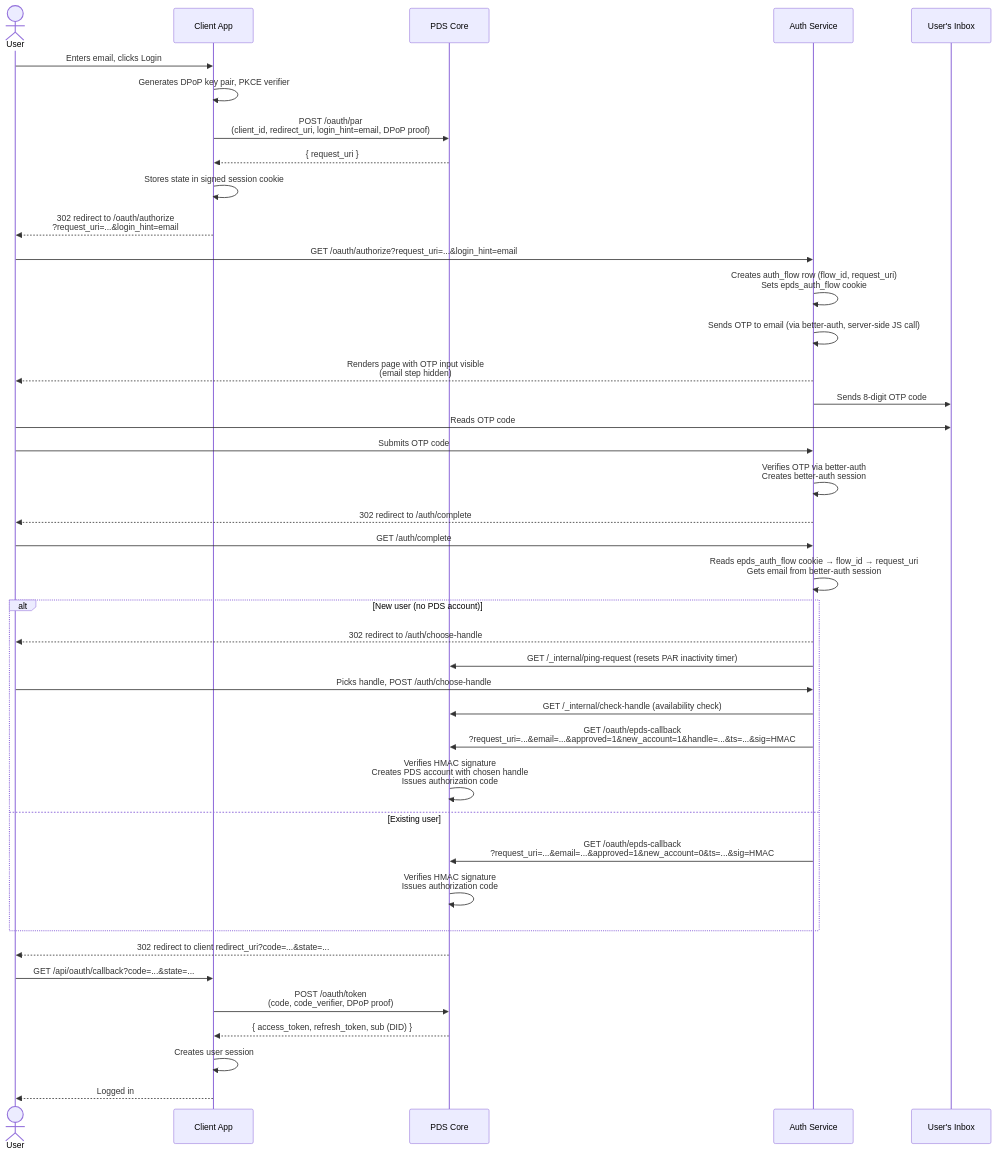
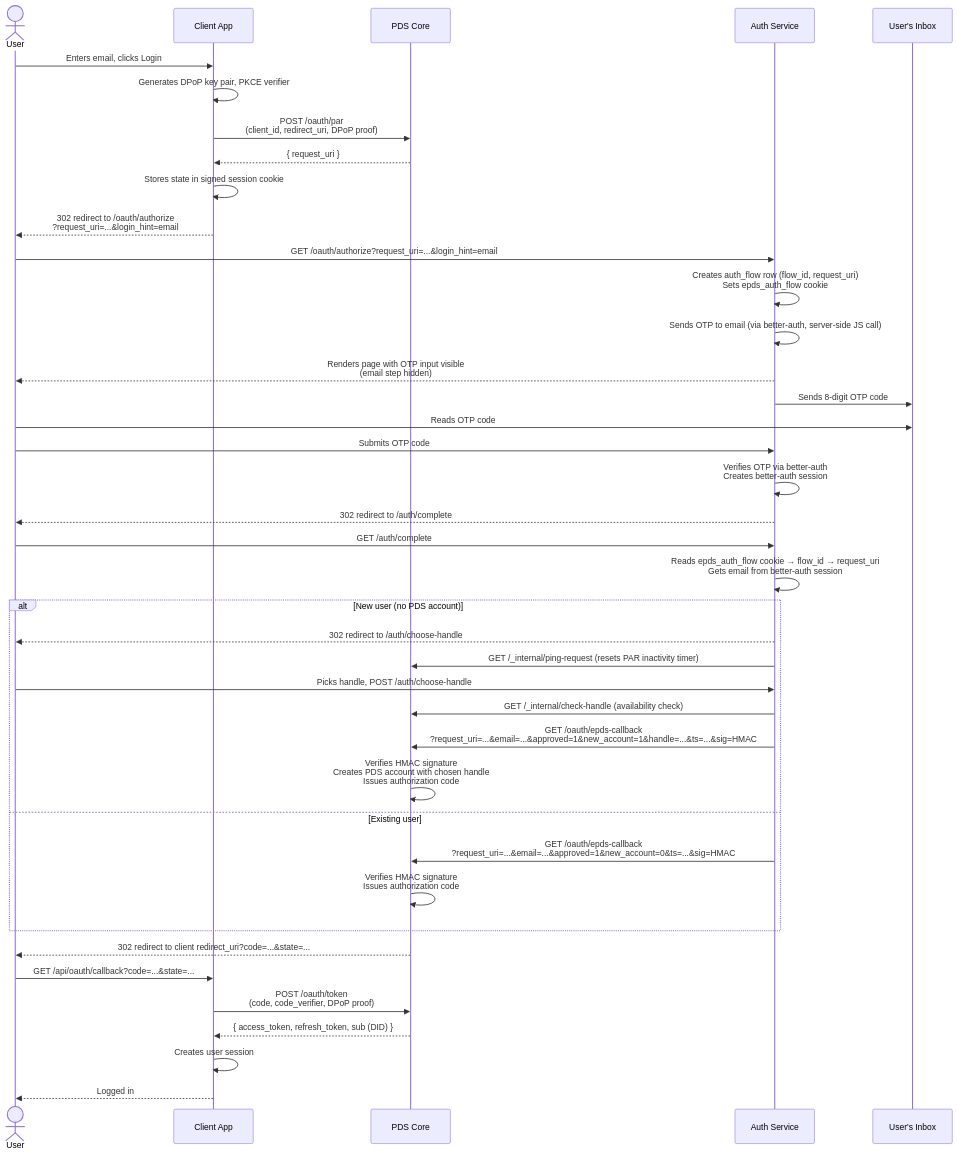
One commit to attpslabs/ePDS changed the first of 2 diagrams in docs/tutorial.md. Above: the diagram before and after it, drawn with Mermaid. The commit also changed other lines of this file and 5 other files, not shown here.

First line of the commit message:
docs: rewrite login skill and tutorial for @atproto/oauth-client-node

````diff
--- a/docs/tutorial.md
+++ b/docs/tutorial.md
@@ -59,49 +75,49 @@
 ```mermaid
 sequenceDiagram
     actor User
     participant App as Client App
     participant PDS as PDS Core
     participant Auth as Auth Service
     participant Email as User's Inbox
 
     User->>App: Enters email, clicks Login
     App->>App: Generates DPoP key pair, PKCE verifier
-    App->>PDS: POST /oauth/par<br/>(client_id, redirect_uri, login_hint=email, DPoP proof)
+    App->>PDS: POST /oauth/par<br/>(client_id, redirect_uri, DPoP proof)
     PDS-->>App: { request_uri }
     App->>App: Stores state in signed session cookie
     App-->>User: 302 redirect to /oauth/authorize<br/>?request_uri=...&login_hint=email
 
     User->>Auth: GET /oauth/authorize?request_uri=...&login_hint=email
     Auth->>Auth: Creates auth_flow row (flow_id, request_uri)<br/>Sets epds_auth_flow cookie
     Auth->>Auth: Sends OTP to email (via better-auth, server-side JS call)
     Auth-->>User: Renders page with OTP input visible<br/>(email step hidden)
     Auth->>Email: Sends 8-digit OTP code
 
     User->>Email: Reads OTP code
     User->>Auth: Submits OTP code
     Auth->>Auth: Verifies OTP via better-auth<br/>Creates better-auth session
     Auth-->>User: 302 redirect to /auth/complete
 
     User->>Auth: GET /auth/complete
     Auth->>Auth: Reads epds_auth_flow cookie → flow_id → request_uri<br/>Gets email from better-auth session
 
     alt New user (no PDS account)
         Auth-->>User: 302 redirect to /auth/choose-handle
         Auth->>PDS: GET /_internal/ping-request (resets PAR inactivity timer)
         User->>Auth: Picks handle, POST /auth/choose-handle
         Auth->>PDS: GET /_internal/check-handle (availability check)
         Auth->>PDS: GET /oauth/epds-callback<br/>?request_uri=...&email=...&approved=1&new_account=1&handle=...&ts=...&sig=HMAC
         PDS->>PDS: Verifies HMAC signature<br/>Creates PDS account with chosen handle<br/>Issues authorization code
     else Existing user
         Auth->>PDS: GET /oauth/epds-callback<br/>?request_uri=...&email=...&approved=1&new_account=0&ts=...&sig=HMAC
         PDS->>PDS: Verifies HMAC signature<br/>Issues authorization code
     end
 
     PDS-->>User: 302 redirect to client redirect_uri?code=...&state=...
 
     User->>App: GET /api/oauth/callback?code=...&state=...
     App->>PDS: POST /oauth/token<br/>(code, code_verifier, DPoP proof)
     PDS-->>App: { access_token, refresh_token, sub (DID) }
     App->>App: Creates user session
     App-->>User: Logged in
 ```
````
